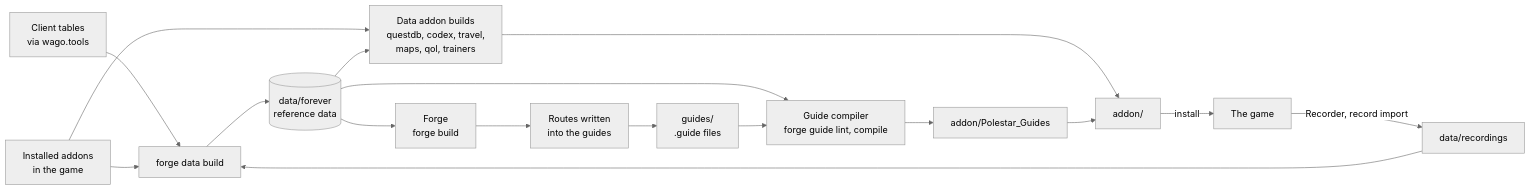
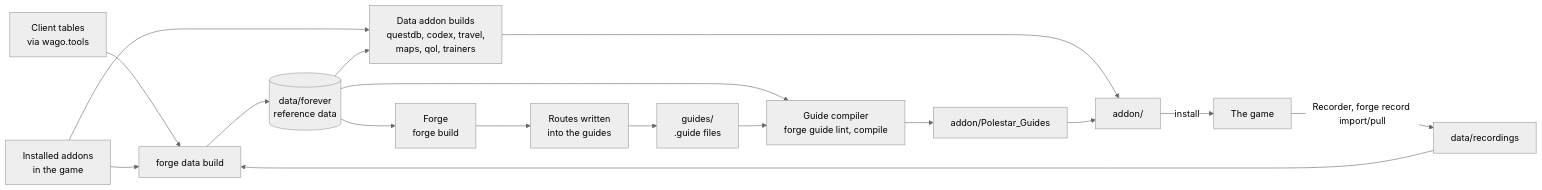
One commit to fitzforge/polestar changed the diagram in docs/README.md. Above: the diagram before and after it, drawn with Mermaid (neutral theme). The commit also changed other lines of this file and 42 other files, not shown here.

Commit message:
Recording library and forge record import/pull: schema 2 chunks into data/recordings; the data build trusts players' recordings only on several established players' evidence

````diff
--- a/docs/README.md
+++ b/docs/README.md
@@ -47,19 +47,19 @@
 ```mermaid
 flowchart LR
   client["Client tables<br/>via wago.tools"] --> databuild
   installed["Installed addons<br/>in the game"] --> databuild
   recordings["data/recordings"] --> databuild
   databuild["forge data build"] --> forever[("data/forever<br/>reference data")]
   installed --> builders
   forever --> builders["Data addon builds<br/>questdb, codex, travel,<br/>maps, qol, trainers"]
   forever --> compiler["Guide compiler<br/>forge guide lint, compile"]
   forever --> forge["Forge<br/>forge build"]
   forge --> drafted["Routes written<br/>into the guides"]
   drafted --> guides["guides/<br/>.guide files"]
   guides --> compiler
   compiler --> pg["addon/Polestar_Guides"]
   builders --> addon["addon/"]
   pg --> addon
   addon -->|install| game["The game"]
-  game -->|"Recorder, record import"| recordings
+  game -->|"Recorder, forge record import/pull"| recordings
 ```
````
